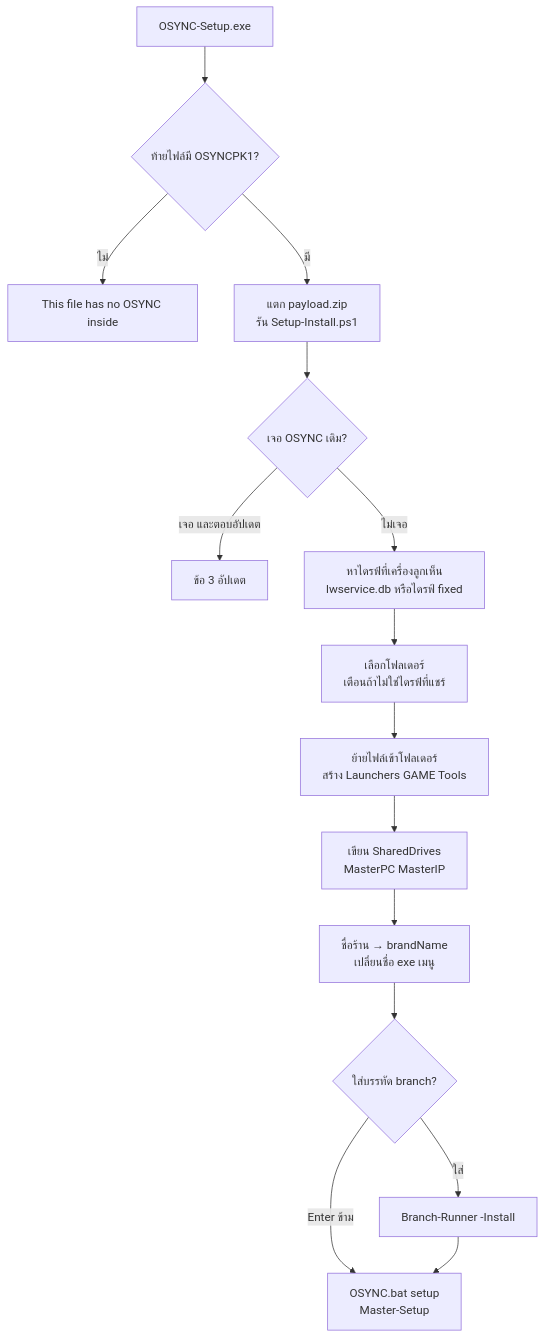
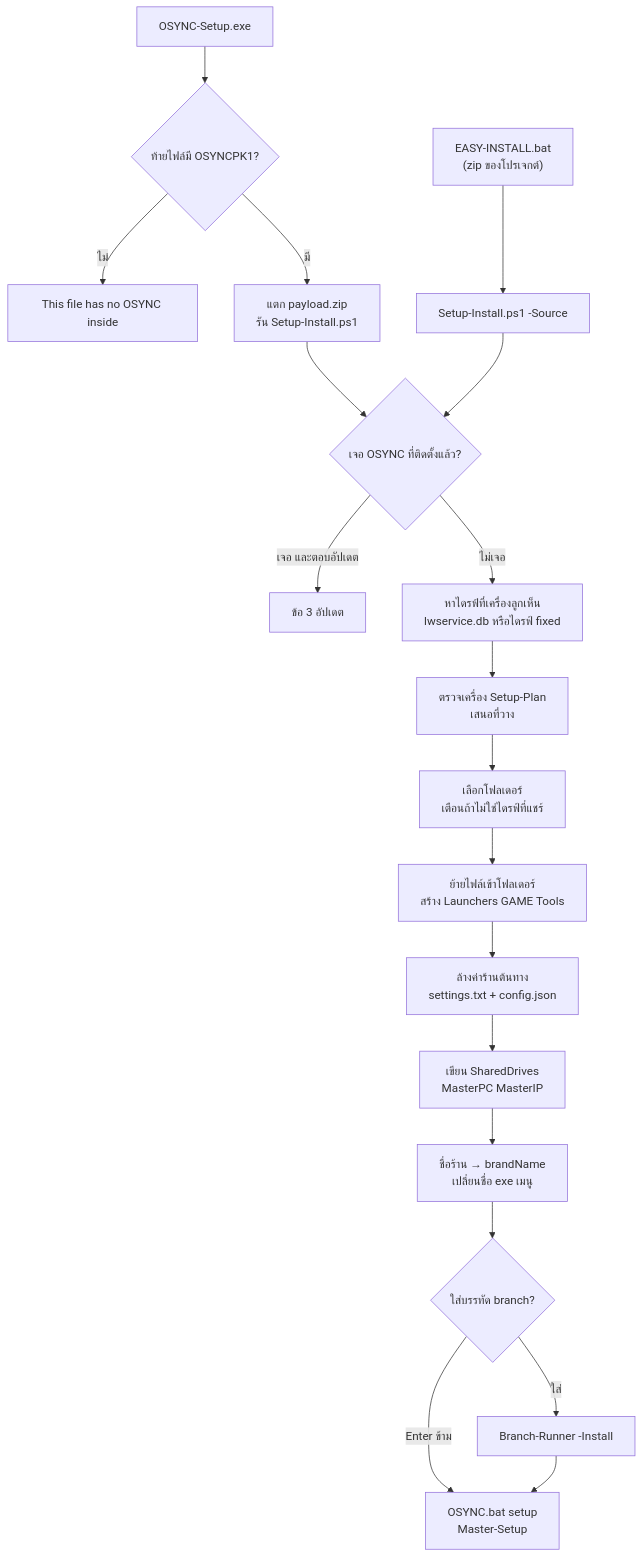
One commit to fbpinote-svg/OSYNC changed the third of 8 diagrams in System/Docs/02-INSTALL-UPDATE.md. Above: the diagram before and after it, drawn with Mermaid. The commit also changed other lines of this file and 15 other files, not shown here.

````diff
--- a/System/Docs/02-INSTALL-UPDATE.md
+++ b/System/Docs/02-INSTALL-UPDATE.md
@@ -188,17 +195,21 @@
 ```mermaid
 flowchart TD
   exe["OSYNC-Setup.exe"] --> foot{"ท้ายไฟล์มี OSYNCPK1?"}
   foot -->|"ไม่"| bad["This file has no OSYNC inside"]
   foot -->|"มี"| si["แตก payload.zip<br/>รัน Setup-Install.ps1"]
-  si --> found{"เจอ OSYNC เดิม?"}
+  bat["EASY-INSTALL.bat<br/>(zip ของโปรเจกต์)"] --> si2["Setup-Install.ps1 -Source"]
+  si2 --> found
+  si --> found{"เจอ OSYNC ที่ติดตั้งแล้ว?"}
   found -->|"เจอ และตอบอัปเดต"| upg["ข้อ 3 อัปเดต"]
   found -->|"ไม่เจอ"| drv["หาไดรฟ์ที่เครื่องลูกเห็น<br/>lwservice.db หรือไดรฟ์ fixed"]
-  drv --> where["เลือกโฟลเดอร์<br/>เตือนถ้าไม่ใช่ไดรฟ์ที่แชร์"]
+  drv --> plan["ตรวจเครื่อง Setup-Plan<br/>เสนอที่วาง"]
+  plan --> where["เลือกโฟลเดอร์<br/>เตือนถ้าไม่ใช่ไดรฟ์ที่แชร์"]
   where --> copy["ย้ายไฟล์เข้าโฟลเดอร์<br/>สร้าง Launchers GAME Tools"]
-  copy --> set["เขียน SharedDrives<br/>MasterPC MasterIP"]
+  copy --> clr["ล้างค่าร้านต้นทาง<br/>settings.txt + config.json"]
+  clr --> set["เขียน SharedDrives<br/>MasterPC MasterIP"]
   set --> name["ชื่อร้าน → brandName<br/>เปลี่ยนชื่อ exe เมนู"]
   name --> br{"ใส่บรรทัด branch?"}
   br -->|"Enter ข้าม"| wiz["OSYNC.bat setup<br/>Master-Setup"]
   br -->|"ใส่"| brr["Branch-Runner -Install"]
   brr --> wiz
 ```
````
